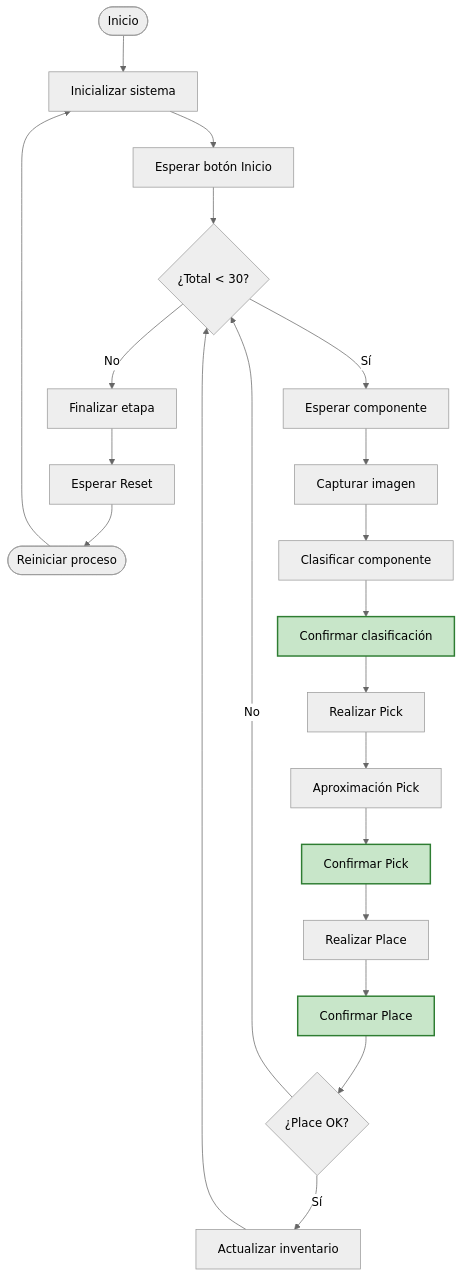
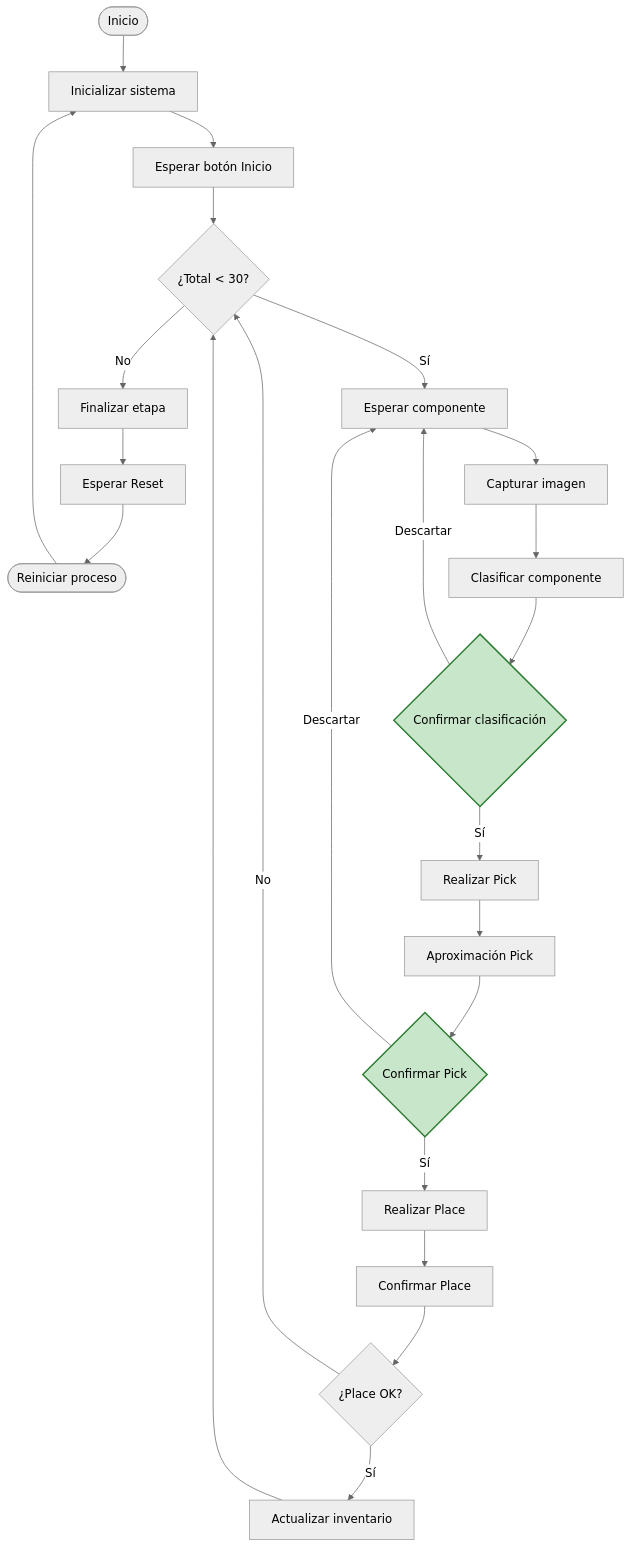
The first of 4 diagrams in README.md (david-pi3141/Proyecto-Final-Robotica-Industrial-Automatizacion-del-Proceso-de-Ensamblaje), drawn with Mermaid (neutral theme) before and after one commit. The commit also changed other lines of this file, not shown here.

````diff
--- a/README.md
+++ b/README.md
@@ -138,60 +136,59 @@
 ```mermaid
-
 flowchart TD
 
     A([Inicio])
 
     B[Inicializar sistema]
     C[Esperar botón Inicio]
 
     D{¿Total < 30?}
     D -- No --> P
     P --> Q
     Q --> R
     R --> B
 
     E[Esperar componente]
     F[Capturar imagen]
     G[Clasificar componente]
-    H[Confirmar clasificación]
+    H{Confirmar clasificación}
     I[Realizar Pick]
     J[Aproximación Pick]
-    K[Confirmar Pick]
+    K{Confirmar Pick}
     L[Realizar Place]
     M[Confirmar Place]
 
     N{¿Place OK?}
 
     O[Actualizar inventario]
     
 
     P[Finalizar etapa]
     Q[Esperar Reset]
     R([Reiniciar proceso])
 
     A --> B
     B --> C
     C --> D
 
     D -- Sí --> E
     E --> F
     F --> G
     G --> H
-    H --> I
+    H -- Sí --> I
+    H -- Descartar --> E
     I --> J
     J --> K
-    K --> L
+    K --  Sí--> L
+    K -- Descartar --> E
     L --> M
     M --> N
 
     N -- Sí --> O
     O --> D
     
 
     N -- No --> D
 
     classDef subrutina fill:#C8E6C9,stroke:#2E7D32,stroke-width:2px;
-    class H,K,M subrutina;
-
-
+    class H,K subrutina;
 ```
````
